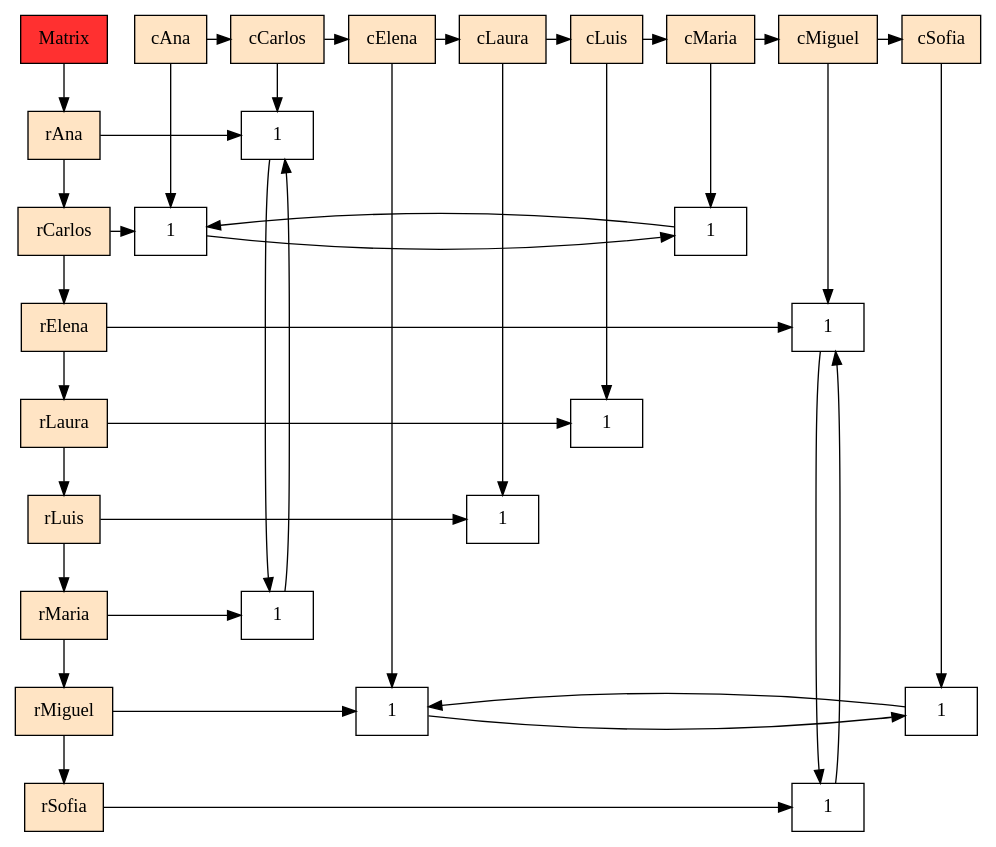
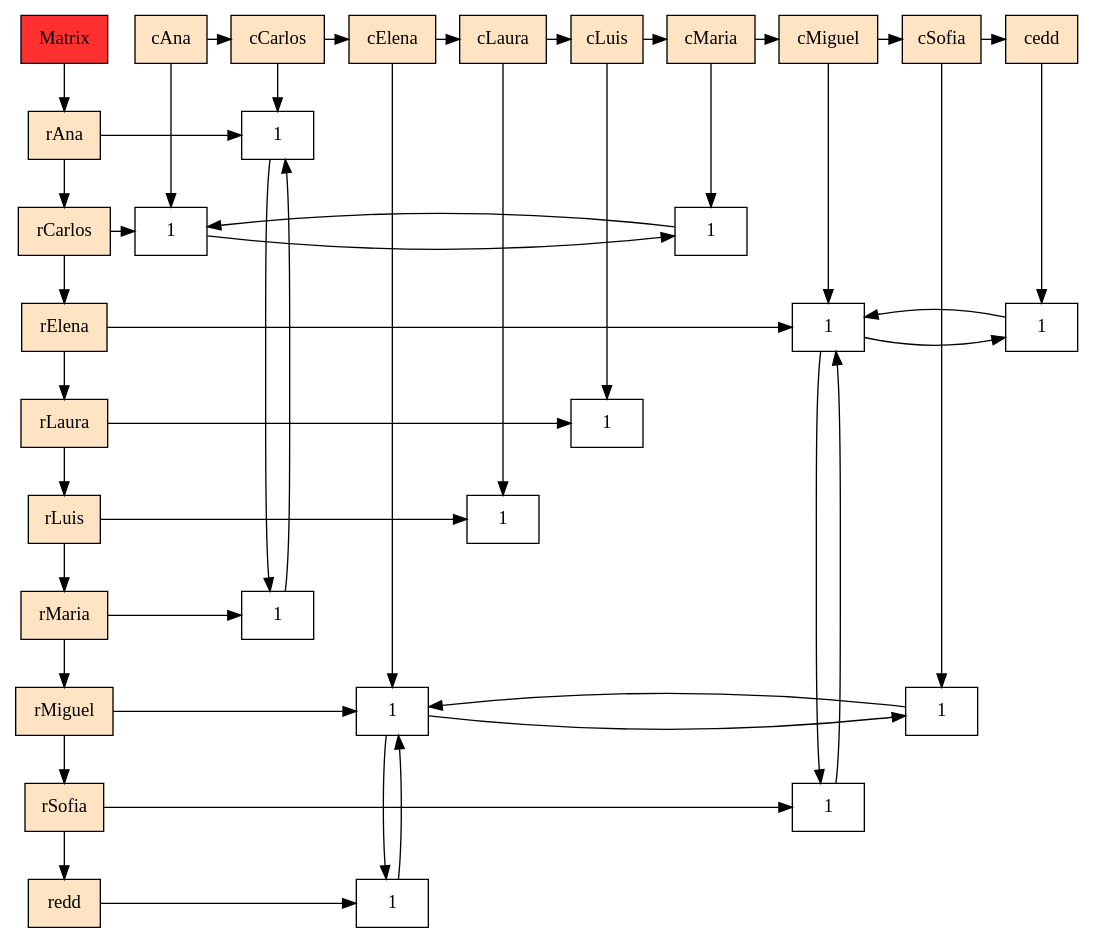
The diagram in fase1/graph_matrix.dot (AbdielOtzoy/-EDD-Proyecto_202300350), drawn with Graphviz before and after one commit. The commit also changed 109 other files, not shown here.

```diff
--- a/fase1/graph_matrix.dot
+++ b/fase1/graph_matrix.dot
@@ -1,78 +1,91 @@
 digraph G{
   node[shape=box];
   MTX[ label = "Matrix", style = filled, fillcolor = firebrick1, group = 0 ];
   "cAna" [label = "cAna"  style = filled, fillcolor = bisque1, group = Ana ];
   "cCarlos" [label = "cCarlos"  style = filled, fillcolor = bisque1, group = Carlos ];
   "cElena" [label = "cElena"  style = filled, fillcolor = bisque1, group = Elena ];
   "cLaura" [label = "cLaura"  style = filled, fillcolor = bisque1, group = Laura ];
   "cLuis" [label = "cLuis"  style = filled, fillcolor = bisque1, group = Luis ];
   "cMaria" [label = "cMaria"  style = filled, fillcolor = bisque1, group = Maria ];
   "cMiguel" [label = "cMiguel"  style = filled, fillcolor = bisque1, group = Miguel ];
   "cSofia" [label = "cSofia"  style = filled, fillcolor = bisque1, group = Sofia ];
+  "cedd" [label = "cedd"  style = filled, fillcolor = bisque1, group = edd ];
   "rAna" [label = "rAna"  style = filled, fillcolor = bisque1, group = 0 ];
   "rCarlos" [label = "rCarlos"  style = filled, fillcolor = bisque1, group = 0 ];
   "rElena" [label = "rElena"  style = filled, fillcolor = bisque1, group = 0 ];
   "rLaura" [label = "rLaura"  style = filled, fillcolor = bisque1, group = 0 ];
   "rLuis" [label = "rLuis"  style = filled, fillcolor = bisque1, group = 0 ];
   "rMaria" [label = "rMaria"  style = filled, fillcolor = bisque1, group = 0 ];
   "rMiguel" [label = "rMiguel"  style = filled, fillcolor = bisque1, group = 0 ];
   "rSofia" [label = "rSofia"  style = filled, fillcolor = bisque1, group = 0 ];
-  { rank = same; "MTX";"cAna";"cCarlos";"cElena";"cLaura";"cLuis";"cMaria";"cMiguel";"cSofia";};
-  { rank = same; "rAna";"1367812372480";};
-  { rank = same; "rCarlos";"1367812372368";"1367812372016";};
-  { rank = same; "rElena";"1367812372592";};
-  { rank = same; "rLaura";"1367812373152";};
-  { rank = same; "rLuis";"1367812373040";};
-  { rank = same; "rMaria";"1367812372128";};
-  { rank = same; "rMiguel";"1367812372704";"1367812373488";};
-  { rank = same; "rSofia";"1367812373600";};
-  "1367812372480" [label = "1" group = Carlos];
-  "1367812372368" [label = "1" group = Ana];
-  "1367812372016" [label = "1" group = Maria];
-  "1367812372592" [label = "1" group = Miguel];
-  "1367812373152" [label = "1" group = Luis];
-  "1367812373040" [label = "1" group = Laura];
-  "1367812372128" [label = "1" group = Carlos];
-  "1367812372704" [label = "1" group = Elena];
-  "1367812373488" [label = "1" group = Sofia];
-  "1367812373600" [label = "1" group = Miguel];
+  "redd" [label = "redd"  style = filled, fillcolor = bisque1, group = 0 ];
+  { rank = same; "MTX";"cAna";"cCarlos";"cElena";"cLaura";"cLuis";"cMaria";"cMiguel";"cSofia";"cedd";};
+  { rank = same; "rAna";"1622507485184";};
+  { rank = same; "rCarlos";"1622507485072";"1622507484720";};
+  { rank = same; "rElena";"1622507485296";"1622507498224";};
+  { rank = same; "rLaura";"1622507485856";};
+  { rank = same; "rLuis";"1622507485744";};
+  { rank = same; "rMaria";"1622507484832";};
+  { rank = same; "rMiguel";"1622507485408";"1622507486192";};
+  { rank = same; "rSofia";"1622507486304";};
+  { rank = same; "redd";"1622507498784";};
+  "1622507485184" [label = "1" group = Carlos];
+  "1622507485072" [label = "1" group = Ana];
+  "1622507484720" [label = "1" group = Maria];
+  "1622507485296" [label = "1" group = Miguel];
+  "1622507498224" [label = "1" group = edd];
+  "1622507485856" [label = "1" group = Luis];
+  "1622507485744" [label = "1" group = Laura];
+  "1622507484832" [label = "1" group = Carlos];
+  "1622507485408" [label = "1" group = Elena];
+  "1622507486192" [label = "1" group = Sofia];
+  "1622507486304" [label = "1" group = Miguel];
+  "1622507498784" [label = "1" group = Elena];
   "cAna" -> "cCarlos";
   "cCarlos" -> "cElena";
   "cElena" -> "cLaura";
   "cLaura" -> "cLuis";
   "cLuis" -> "cMaria";
   "cMaria" -> "cMiguel";
   "cMiguel" -> "cSofia";
+  "cSofia" -> "cedd";
   "MTX" -> "rAna";
   "rAna" -> "rCarlos";
-  "rAna" -> "1367812372480";
-  "1367812372480" -> "1367812372128";
-  "cCarlos" -> "1367812372480";
+  "rAna" -> "1622507485184";
+  "1622507485184" -> "1622507484832";
+  "cCarlos" -> "1622507485184";
   "rCarlos" -> "rElena";
-  "rCarlos" -> "1367812372368";
-  "1367812372368" -> "1367812372016";
-  "cAna" -> "1367812372368";
-  "1367812372016" -> "1367812372368";
-  "cMaria" -> "1367812372016";
+  "rCarlos" -> "1622507485072";
+  "1622507485072" -> "1622507484720";
+  "cAna" -> "1622507485072";
+  "1622507484720" -> "1622507485072";
+  "cMaria" -> "1622507484720";
   "rElena" -> "rLaura";
-  "rElena" -> "1367812372592";
-  "1367812372592" -> "1367812373600";
-  "cMiguel" -> "1367812372592";
+  "rElena" -> "1622507485296";
+  "1622507485296" -> "1622507498224";
+  "1622507485296" -> "1622507486304";
+  "cMiguel" -> "1622507485296";
+  "1622507498224" -> "1622507485296";
+  "cedd" -> "1622507498224";
   "rLaura" -> "rLuis";
-  "rLaura" -> "1367812373152";
-  "cLuis" -> "1367812373152";
+  "rLaura" -> "1622507485856";
+  "cLuis" -> "1622507485856";
   "rLuis" -> "rMaria";
-  "rLuis" -> "1367812373040";
-  "cLaura" -> "1367812373040";
+  "rLuis" -> "1622507485744";
+  "cLaura" -> "1622507485744";
   "rMaria" -> "rMiguel";
-  "rMaria" -> "1367812372128";
-  "1367812372128" -> "1367812372480";
+  "rMaria" -> "1622507484832";
+  "1622507484832" -> "1622507485184";
   "rMiguel" -> "rSofia";
-  "rMiguel" -> "1367812372704";
-  "1367812372704" -> "1367812373488";
-  "cElena" -> "1367812372704";
-  "1367812373488" -> "1367812372704";
-  "cSofia" -> "1367812373488";
-  "rSofia" -> "1367812373600";
-  "1367812373600" -> "1367812372592";
+  "rMiguel" -> "1622507485408";
+  "1622507485408" -> "1622507486192";
+  "1622507485408" -> "1622507498784";
+  "cElena" -> "1622507485408";
+  "1622507486192" -> "1622507485408";
+  "cSofia" -> "1622507486192";
+  "rSofia" -> "redd";
+  "rSofia" -> "1622507486304";
+  "1622507486304" -> "1622507485296";
+  "redd" -> "1622507498784";
+  "1622507498784" -> "1622507485408";
 }
```
